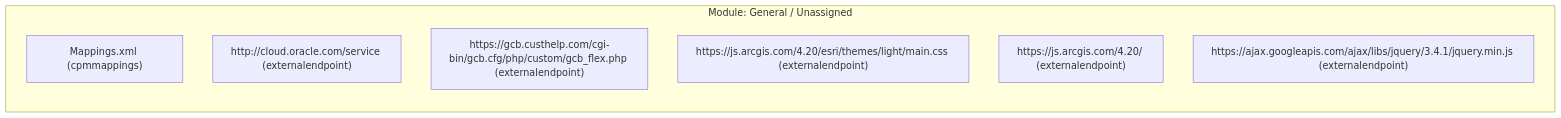
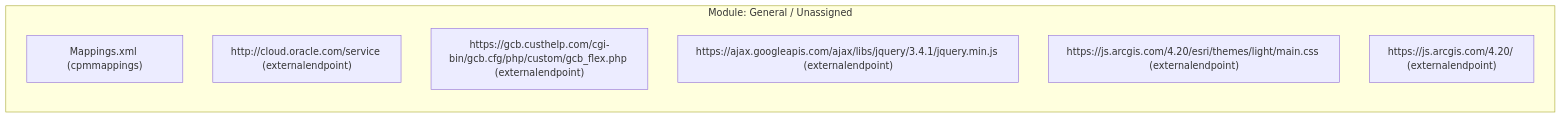
One commit to SujalMatolia0/Config_Migration changed the third of 9 diagrams in results/COMPLETE_SYSTEM_MAPPING.md. Above: the diagram before and after it, drawn with Mermaid. The commit also changed other lines of this file and 23 other files, not shown here.

Commit message:
feat: implement granular CPM procedure reporting and update Mermaid sequence diagrams in documentation.

````diff
--- a/results/COMPLETE_SYSTEM_MAPPING.md
+++ b/results/COMPLETE_SYSTEM_MAPPING.md
@@ -157,11 +157,11 @@
 ```mermaid
 flowchart LR
   subgraph MOD_General___Unassigned ["Module: General / Unassigned"]
     N_cpmmappings_mappings_xml["Mappings.xml (cpmmappings)"]
     N_externalendpoint_http___cloud_oracle_com_service["http://cloud.oracle.com/service (externalendpoint)"]
     N_externalendpoint_https___gcb_custhelp_com_cgi_bin_gcb_cfg_php_custom_gcb_flex_php["https://gcb.custhelp.com/cgi-bin/gcb.cfg/php/custom/gcb_flex.php (externalendpoint)"]
+    N_externalendpoint_https___ajax_googleapis_com_ajax_libs_jquery_3_4_1_jquery_min_js["https://ajax.googleapis.com/ajax/libs/jquery/3.4.1/jquery.min.js (externalendpoint)"]
     N_externalendpoint_https___js_arcgis_com_4_20_esri_themes_light_main_css["https://js.arcgis.com/4.20/esri/themes/light/main.css (externalendpoint)"]
     N_externalendpoint_https___js_arcgis_com_4_20_["https://js.arcgis.com/4.20/ (externalendpoint)"]
-    N_externalendpoint_https___ajax_googleapis_com_ajax_libs_jquery_3_4_1_jquery_min_js["https://ajax.googleapis.com/ajax/libs/jquery/3.4.1/jquery.min.js (externalendpoint)"]
   end
 ```
````
